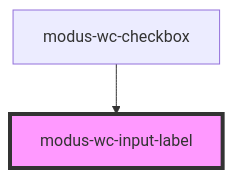
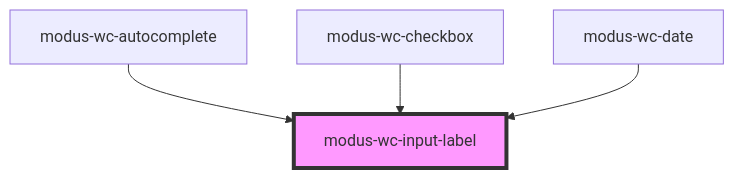
Before and after one commit to trimble-oss/modus-wc-2.0: the diagram in src/components/atoms/modus-wc-input-label/readme.md, drawn with Mermaid. The commit also changed other lines of this file and 17 other files, not shown here.

Commit message:
feat: add input label to autocomplete and date components (#177)

````diff
--- a/src/components/atoms/modus-wc-input-label/readme.md
+++ b/src/components/atoms/modus-wc-input-label/readme.md
@@ -35,5 +37,7 @@
 ```mermaid
 graph TD;
+  modus-wc-autocomplete --> modus-wc-input-label
   modus-wc-checkbox --> modus-wc-input-label
+  modus-wc-date --> modus-wc-input-label
   style modus-wc-input-label fill:#f9f,stroke:#333,stroke-width:4px
 ```
````
